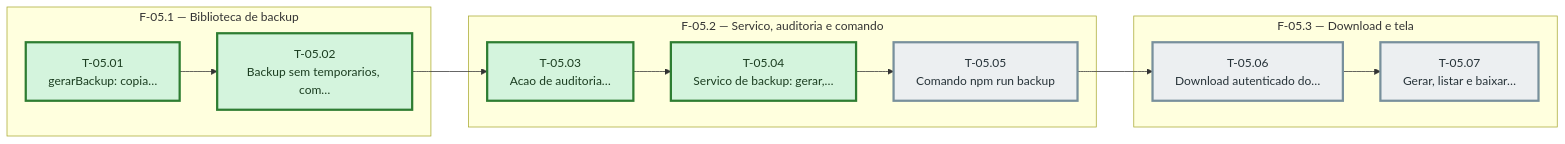
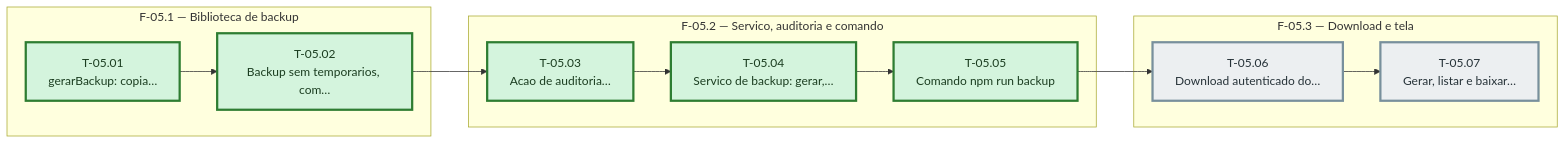
The diagram in docs/operacao-e-backup/sprint-05/fases.md (bittencourtthulio/converse-chatbot), drawn with Mermaid before and after one commit. The commit also changed other lines of this file and 6 other files, not shown here.

````diff
--- a/docs/operacao-e-backup/sprint-05/fases.md
+++ b/docs/operacao-e-backup/sprint-05/fases.md
@@ -38,38 +38,38 @@
 ```mermaid
 %% Grafo de tasks — sprint-05 — gerado pela sprintx a partir de tasks.md
 flowchart LR
   subgraph fase_05_1["F-05.1 — Biblioteca de backup"]
     T_05_01["T-05.01<br/>gerarBackup: copia…"]
     T_05_02["T-05.02<br/>Backup sem temporarios, com…"]
   end
   subgraph fase_05_2["F-05.2 — Servico, auditoria e comando"]
     T_05_03["T-05.03<br/>Acao de auditoria…"]
     T_05_04["T-05.04<br/>Servico de backup: gerar,…"]
     T_05_05["T-05.05<br/>Comando npm run backup"]
   end
   subgraph fase_05_3["F-05.3 — Download e tela"]
     T_05_06["T-05.06<br/>Download autenticado do…"]
     T_05_07["T-05.07<br/>Gerar, listar e baixar…"]
   end
   T_05_01 --> T_05_02
   T_05_02 --> T_05_03
   T_05_03 --> T_05_04
   T_05_04 --> T_05_05
   T_05_05 --> T_05_06
   T_05_06 --> T_05_07
 
   classDef concluida fill:#d4f4dd,stroke:#2e7d32,color:#1b3d20
   classDef andamento fill:#fff3cd,stroke:#b8860b,color:#4a3800
   classDef bloqueada fill:#f8d7da,stroke:#c62828,color:#4a1d1f
   classDef pendente  fill:#eceff1,stroke:#78909c,color:#263238
   classDef critico   stroke-width:3px
 
   class T_05_01 concluida
   class T_05_02 concluida
   class T_05_03 concluida
   class T_05_04 concluida
-  class T_05_05 pendente
+  class T_05_05 concluida
   class T_05_06 pendente
   class T_05_07 pendente
   class T_05_07,T_05_06,T_05_05,T_05_04,T_05_03,T_05_02,T_05_01 critico
 ```
````
